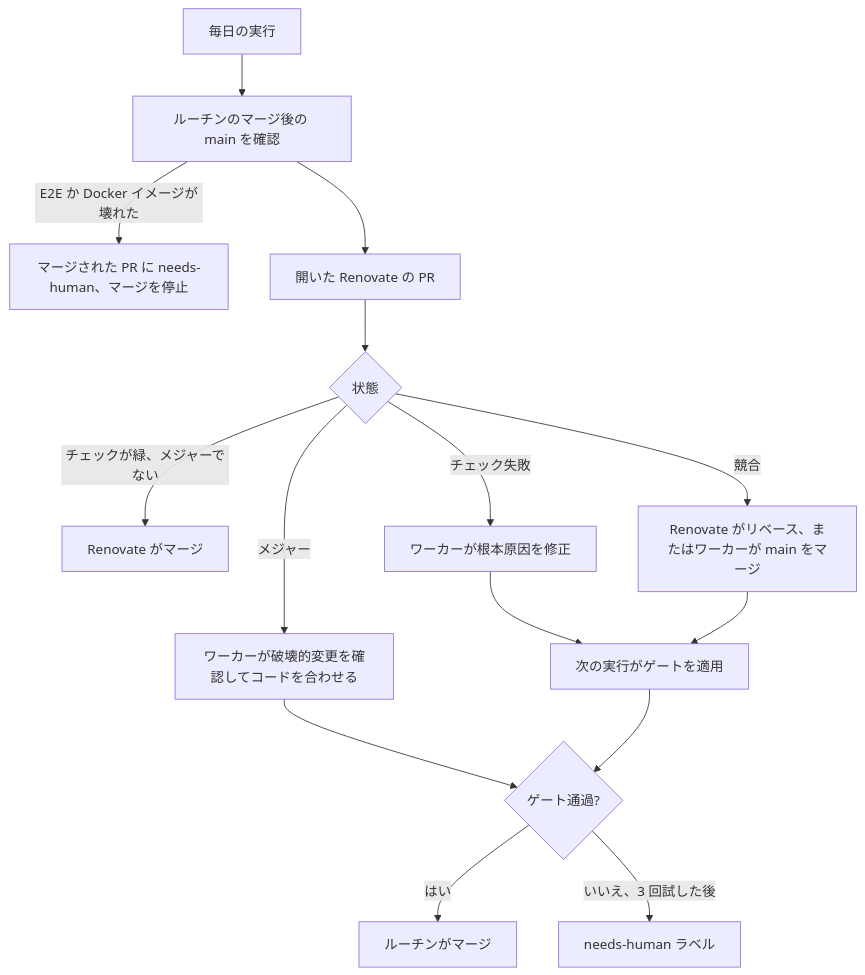
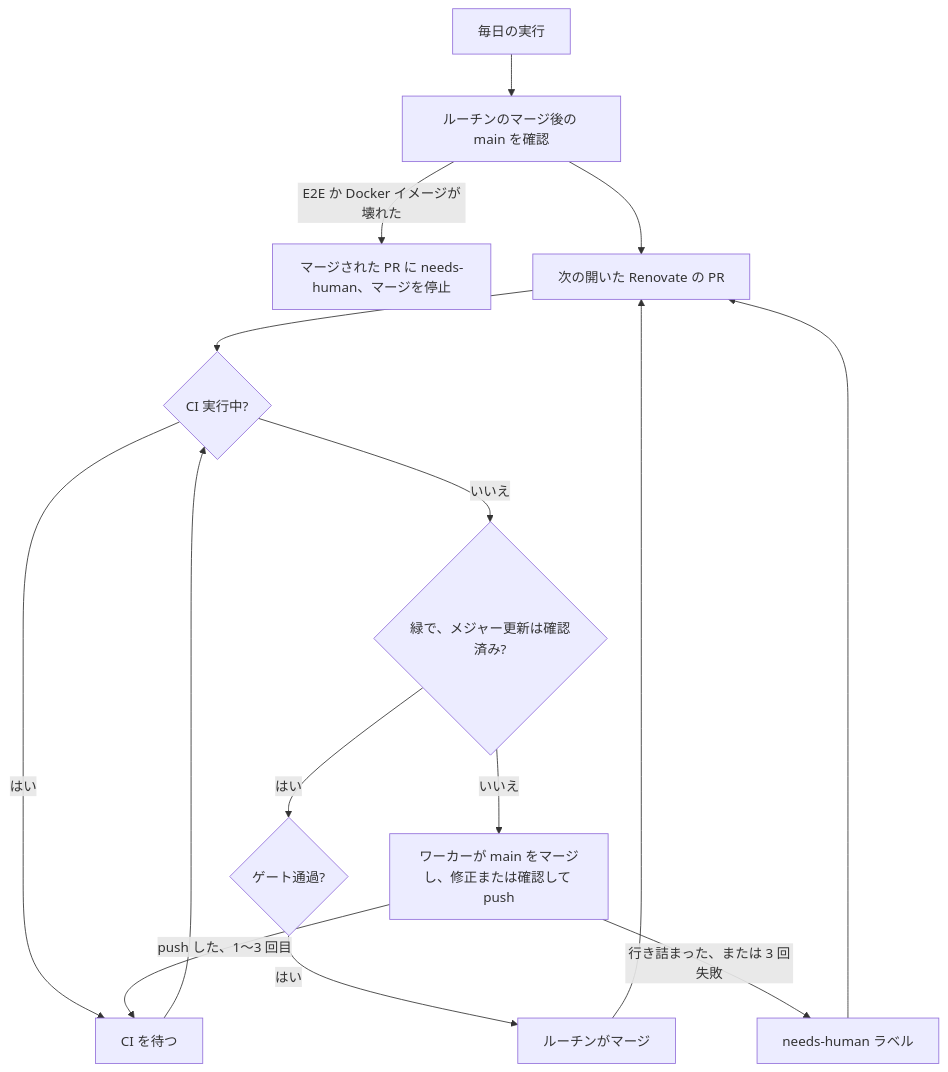
One commit to syudead/vv changed the second of 2 diagrams in translations/ja/docs/how-to/dependency-updates.md. Above: the diagram before and after it, drawn with Mermaid. The commit also changed other lines of this file and 5 other files, not shown here.

````diff
--- a/translations/ja/docs/how-to/dependency-updates.md
+++ b/translations/ja/docs/how-to/dependency-updates.md
@@ -77,17 +77,17 @@
 ```mermaid
 flowchart TD
   start[毎日の実行] --> watch[ルーチンのマージ後の main を確認]
   watch -->|E2E か Docker イメージが壊れた| broken[マージされた PR に needs-human、マージを停止]
-  watch --> list[開いた Renovate の PR]
-  list --> kind{状態}
-  kind -->|チェックが緑、メジャーでない| skip[Renovate がマージ]
-  kind -->|競合| rebase[Renovate がリベース、またはワーカーが main をマージ]
-  kind -->|チェック失敗| fix[ワーカーが根本原因を修正]
-  kind -->|メジャー| review[ワーカーが破壊的変更を確認してコードを合わせる]
-  fix --> next[次の実行がゲートを適用]
-  rebase --> next
-  review --> gate{ゲート通過?}
-  next --> gate
+  watch --> pr[次の開いた Renovate の PR]
+  pr --> ci{CI 実行中?}
+  ci -->|はい| wait[CI を待つ]
+  wait --> ci
+  ci -->|いいえ| state{緑で、メジャー更新は確認済み?}
+  state -->|はい| gate{ゲート通過?}
   gate -->|はい| merge[ルーチンがマージ]
-  gate -->|いいえ、3 回試した後| human[needs-human ラベル]
+  state -->|いいえ| worker[ワーカーが main をマージし、修正または確認して push]
+  worker -->|push した、1〜3 回目| wait
+  worker -->|行き詰まった、または 3 回失敗| human[needs-human ラベル]
+  merge --> pr
+  human --> pr
 ```
````
